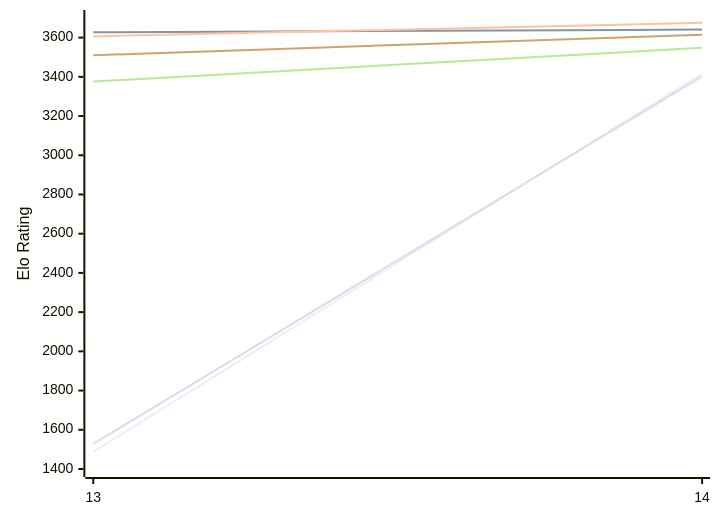
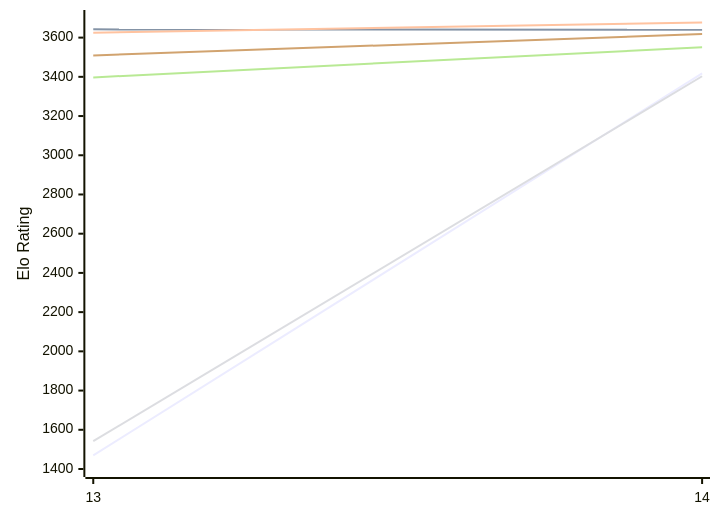
The first of 2 diagrams in engines/Berserk.md (computer-chess-index/cci), drawn with Mermaid before and after one commit. The commit also changed other lines of this file, not shown here.

Commit message:
Update CCI Ratings (ELO VLTC) - 2026-11-17

````diff
--- a/engines/Berserk.md
+++ b/engines/Berserk.md
@@ -50,12 +50,12 @@
 ```mermaid
 %%{init: {"theme":"base","themeVariables":{"seriesColors:['#a3a3a3','#222221','#faa371']}}}%%
 xychart-beta
   x-axis ["13", "14"]
   y-axis "Elo Rating" 1400 --> 3700
-  line "E1: STC (8.0+0.08s)" [1488, 3417]
-  line "E1: LTC (60.0+0.60s)" [3627, 3641]
-  line "E1: VLTC (2m24s+1.12s)" [3606, 3676]
-  line "P1: STC (8.0+0.08s)" [1528, 3402]
-  line "P1: LTC (60.0+0.60s)" [3376, 3548]
-  line "P1: VLTC (2m24s+1.12s)" [3510, 3615]
+  line "E1: STC (8.0+0.08s)" [1469, 3418]
+  line "E1: LTC (60.0+0.60s)" [3642, 3640]
+  line "E1: VLTC (2m24s+1.12s)" [3625, 3677]
+  line "P1: STC (8.0+0.08s)" [1542, 3403]
+  line "P1: LTC (60.0+0.60s)" [3397, 3551]
+  line "P1: VLTC (2m24s+1.12s)" [3509, 3618]
 ```
````
